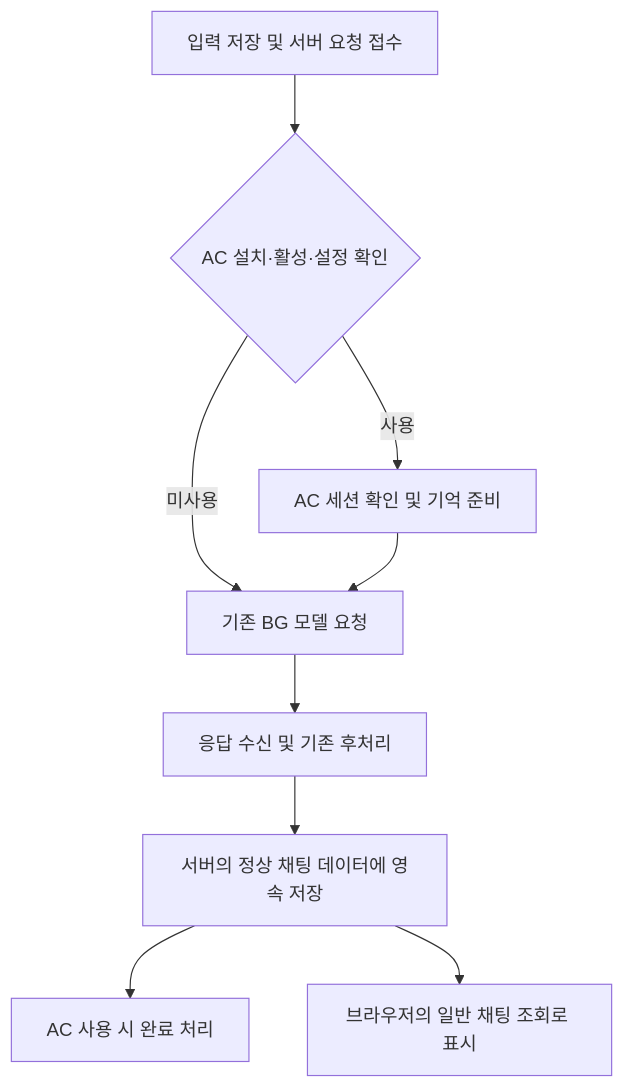
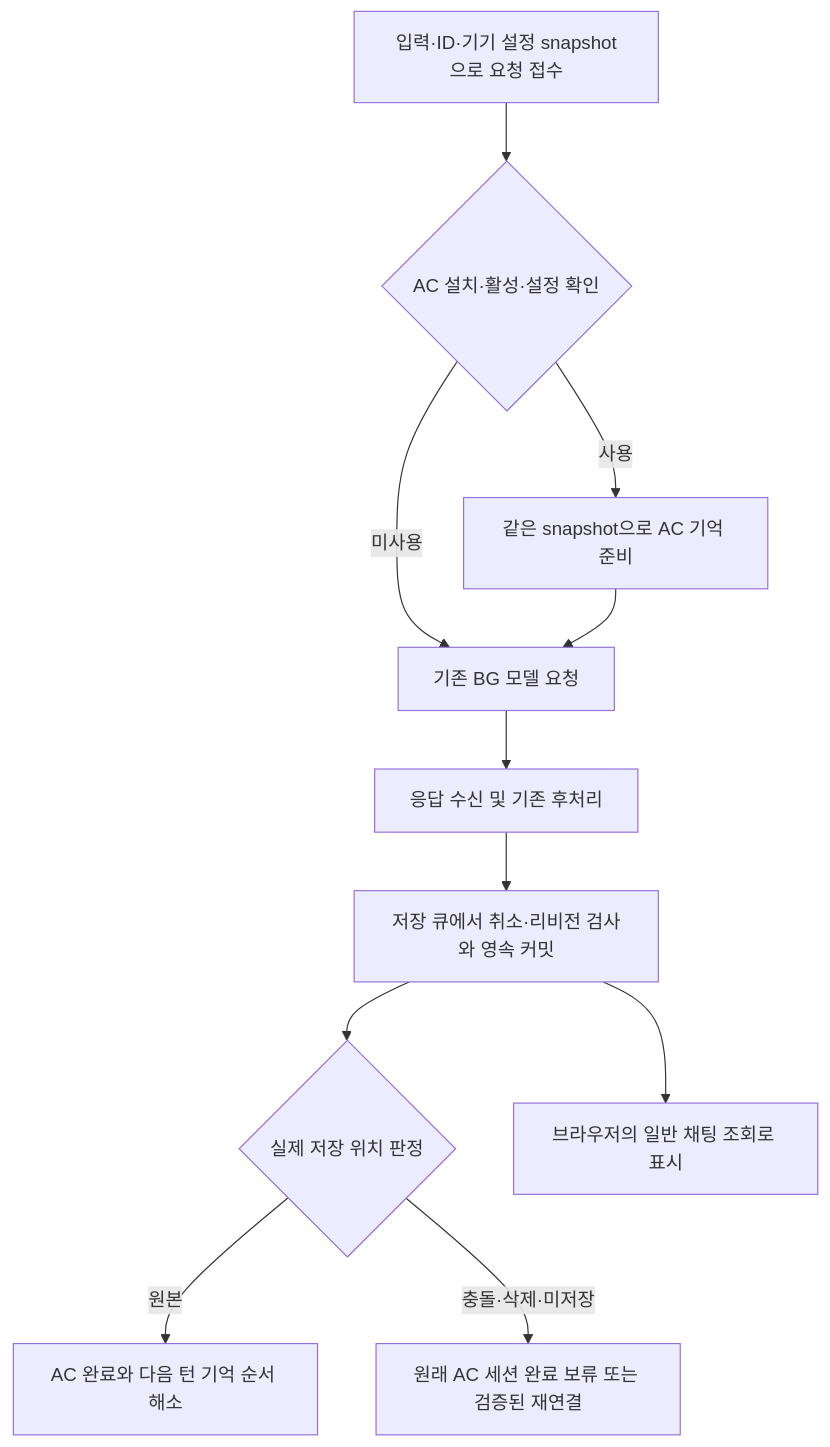
Before and after one commit to danso0429/nai-studio: the diagram in docs/POCKETRISU-1.10-BG-PRESERVE-SERVER-CHAT-SAVE-ARCHIVE-CENTER-PLAN.md, drawn with Mermaid. The commit also changed other lines of this file, not shown here.

````diff
--- a/docs/POCKETRISU-1.10-BG-PRESERVE-SERVER-CHAT-SAVE-ARCHIVE-CENTER-PLAN.md
+++ b/docs/POCKETRISU-1.10-BG-PRESERVE-SERVER-CHAT-SAVE-ARCHIVE-CENTER-PLAN.md
@@ -48,11 +50,13 @@
 ```mermaid
 flowchart TD
-    A[입력 저장 및 서버 요청 접수] --> B{AC 설치·활성·설정 확인}
-    B -->|사용| C[AC 세션 확인 및 기억 준비]
+    A[입력·ID·기기 설정 snapshot으로 요청 접수] --> B{AC 설치·활성·설정 확인}
+    B -->|사용| C[같은 snapshot으로 AC 기억 준비]
     B -->|미사용| D[기존 BG 모델 요청]
     C --> D
     D --> E[응답 수신 및 기존 후처리]
-    E --> F[서버의 정상 채팅 데이터에 영속 저장]
-    F --> G[AC 사용 시 완료 처리]
+    E --> F[저장 큐에서 취소·리비전 검사와 영속 커밋]
+    F --> I{실제 저장 위치 판정}
+    I -->|원본| G[AC 완료와 다음 턴 기억 순서 해소]
+    I -->|충돌·삭제·미저장| J[원래 AC 세션 완료 보류 또는 검증된 재연결]
     F --> H[브라우저의 일반 채팅 조회로 표시]
 ```
````
